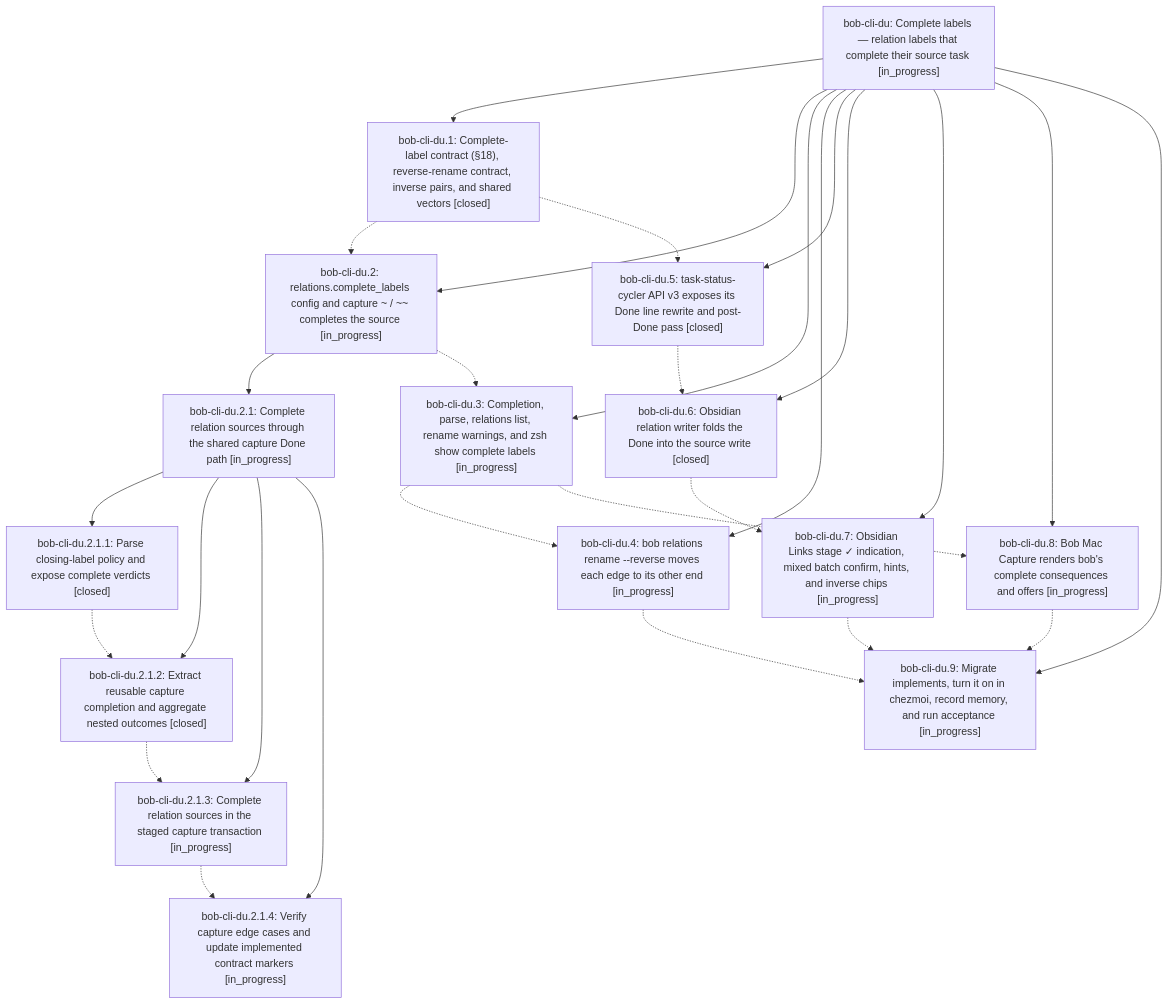
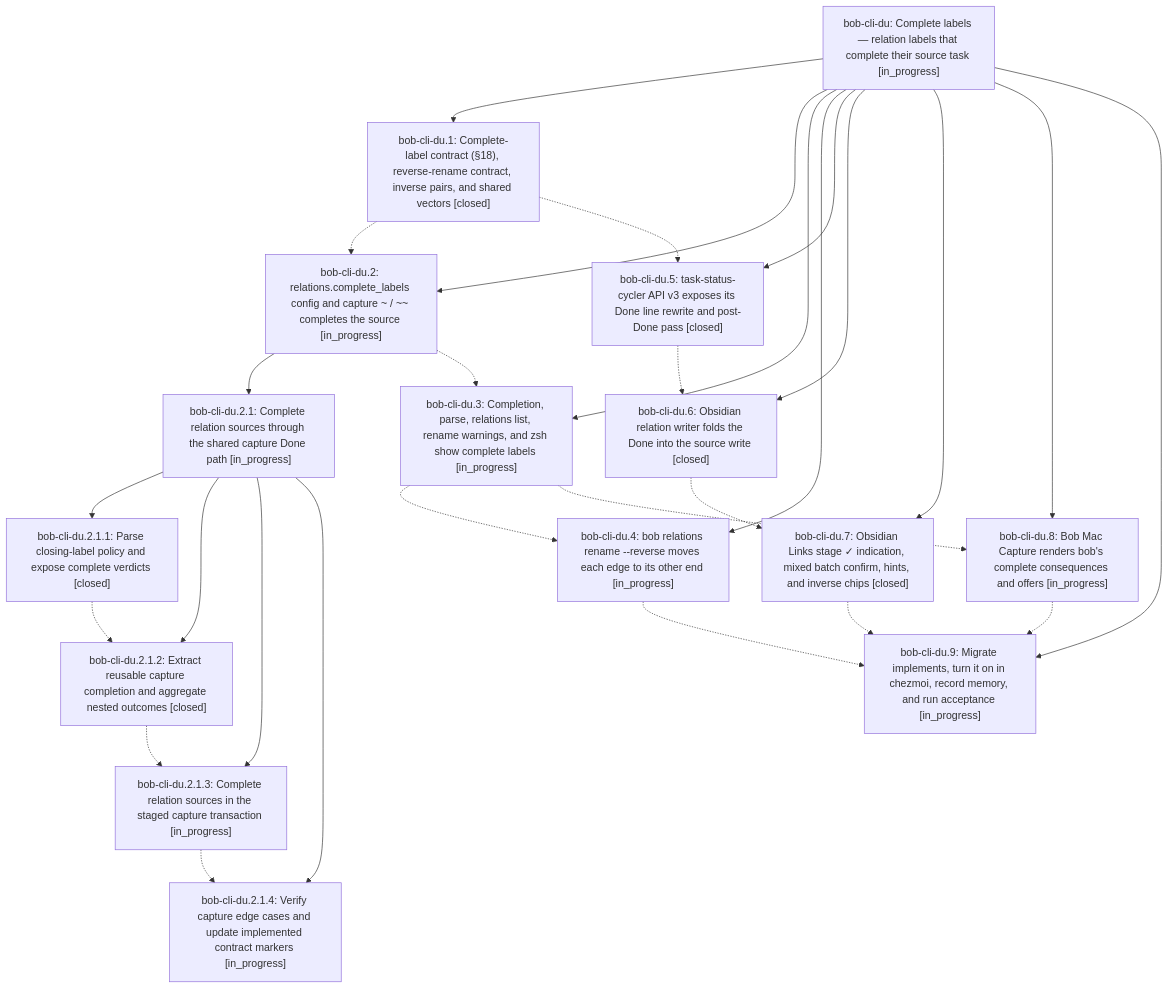
Before and after one commit to bobs-org/bob-cli--beads: the diagram in pages/bob-cli-du/README.md, drawn with Mermaid. The commit also changed other lines of this file and 4 other files, not shown here.

First line of the commit message:
chore(beads): sync bead state and pages for bob-cli-du

````diff
--- a/pages/bob-cli-du/README.md
+++ b/pages/bob-cli-du/README.md
@@ -44,45 +44,45 @@
 ```mermaid
 flowchart TD
     n0["bob-cli-du: Complete labels — relation labels that complete their source task [in_progress]"]
     n1["bob-cli-du.1: Complete-label contract (§18), reverse-rename contract, inverse pairs, and shared vectors [closed]"]
     n2["bob-cli-du.2: relations.complete_labels config and capture ~ / ~~ completes the source [in_progress]"]
     n3["bob-cli-du.2.1: Complete relation sources through the shared capture Done path [in_progress]"]
     n4["bob-cli-du.2.1.1: Parse closing-label policy and expose complete verdicts [closed]"]
     n5["bob-cli-du.2.1.2: Extract reusable capture completion and aggregate nested outcomes [closed]"]
     n6["bob-cli-du.2.1.3: Complete relation sources in the staged capture transaction [in_progress]"]
     n7["bob-cli-du.2.1.4: Verify capture edge cases and update implemented contract markers [in_progress]"]
     n8["bob-cli-du.3: Completion, parse, relations list, rename warnings, and zsh show complete labels [in_progress]"]
     n9["bob-cli-du.4: bob relations rename --reverse moves each edge to its other end [in_progress]"]
     n10["bob-cli-du.5: task-status-cycler API v3 exposes its Done line rewrite and post-Done pass [closed]"]
     n11["bob-cli-du.6: Obsidian relation writer folds the Done into the source write [closed]"]
-    n12["bob-cli-du.7: Obsidian Links stage ✓ indication, mixed batch confirm, hints, and inverse chips [in_progress]"]
+    n12["bob-cli-du.7: Obsidian Links stage ✓ indication, mixed batch confirm, hints, and inverse chips [closed]"]
     n13["bob-cli-du.8: Bob Mac Capture renders bob's complete consequences and offers [in_progress]"]
     n14["bob-cli-du.9: Migrate implements, turn it on in chezmoi, record memory, and run acceptance [in_progress]"]
     n0 --> n1
     n0 --> n2
     n2 --> n3
     n3 --> n4
     n3 --> n5
     n3 --> n6
     n3 --> n7
     n0 --> n8
     n0 --> n9
     n0 --> n10
     n0 --> n11
     n0 --> n12
     n0 --> n13
     n0 --> n14
     n1 -.-> n2
     n1 -.-> n10
     n2 -.-> n8
     n4 -.-> n5
     n5 -.-> n6
     n6 -.-> n7
     n8 -.-> n9
     n8 -.-> n13
     n9 -.-> n14
     n10 -.-> n11
     n11 -.-> n12
     n12 -.-> n14
     n13 -.-> n14
 ```
````
